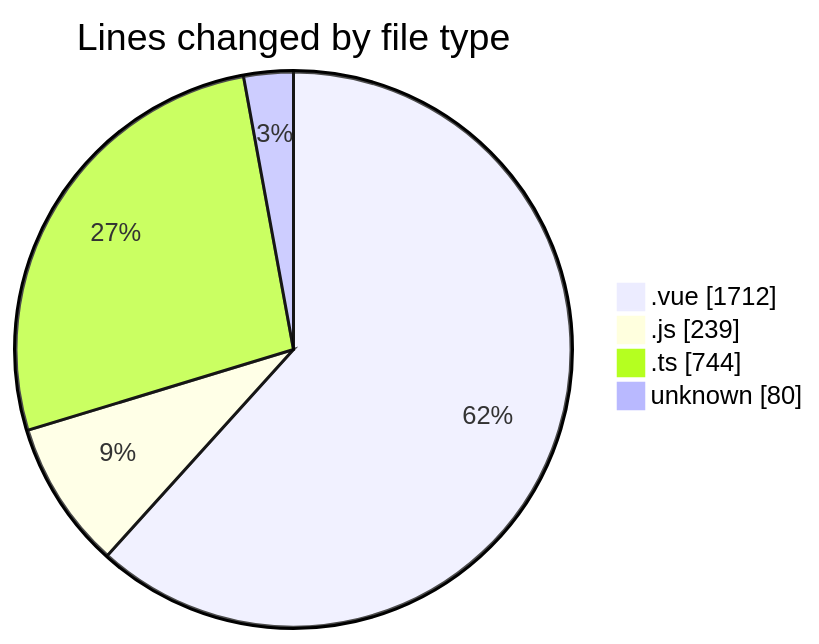
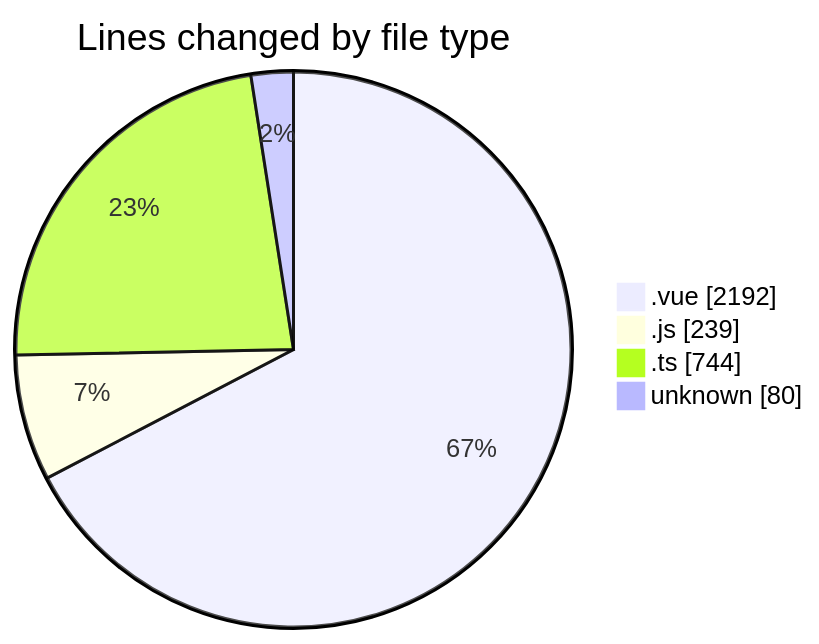
The first of 2 diagrams in 2025-08-11/rentotp/README.md (lephambinh05/code-tracking), drawn with Mermaid before and after one commit. The commit also changed other lines of this file and 1 other file, not shown here.

````diff
--- a/2025-08-11/rentotp/README.md
+++ b/2025-08-11/rentotp/README.md
@@ -35,8 +36,8 @@
 ```mermaid
 pie showData
 title Lines changed by file type
-".vue" : 1712
+".vue" : 2192
 ".js" : 239
 ".ts" : 744
 "unknown" : 80
 ```
````
